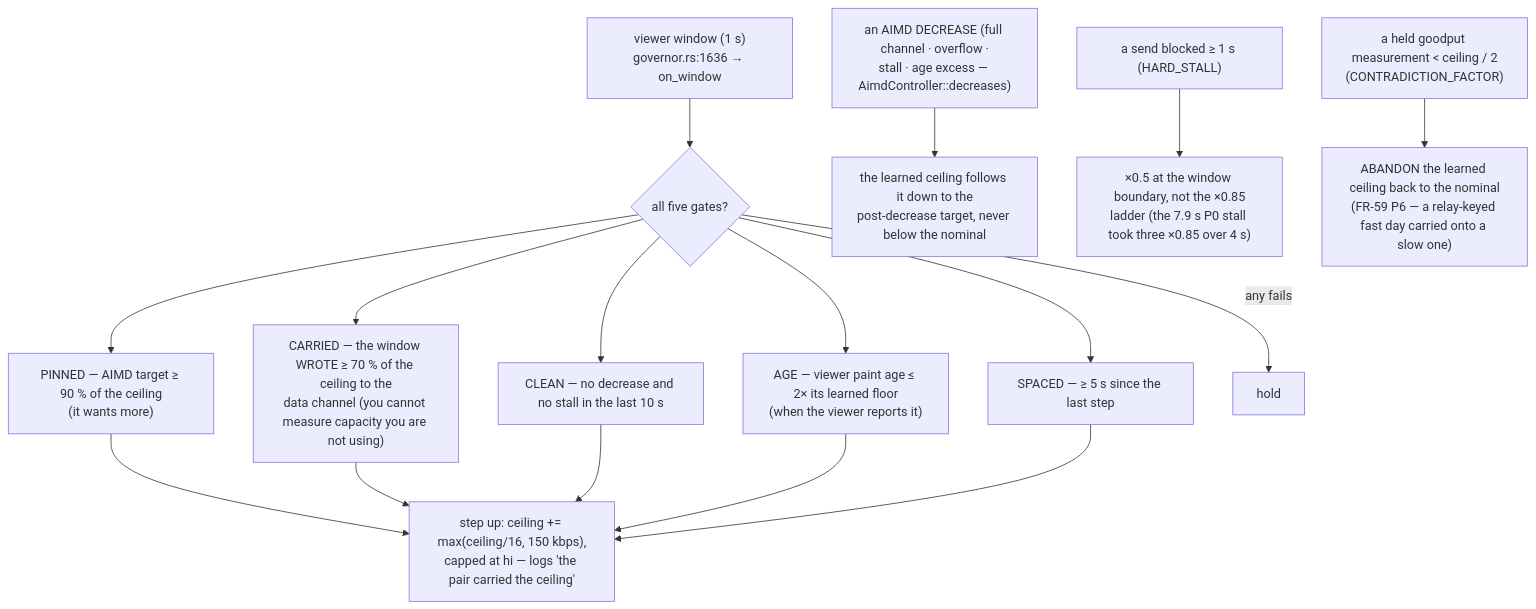
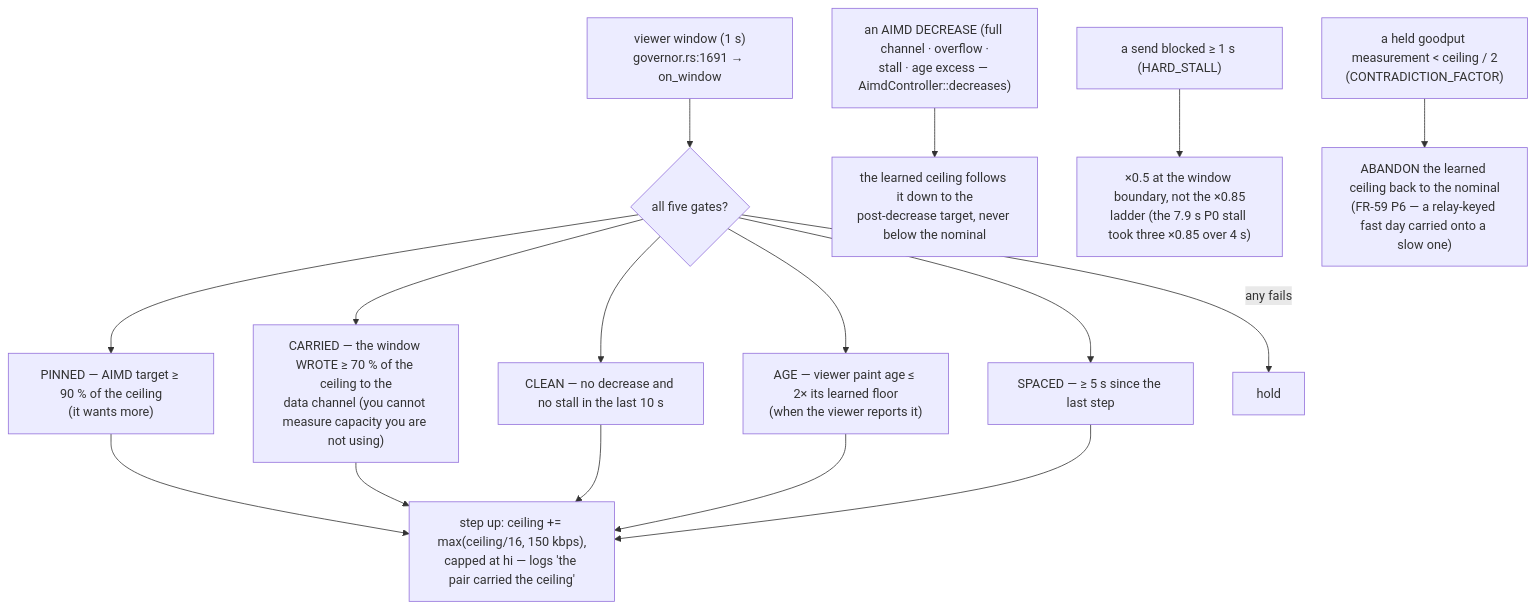
The fourth of 13 diagrams in docs/rate-control.md (gjovanov/roomler-ai), drawn with Mermaid before and after one commit. The commit also changed other lines of this file and 26 other files, not shown here.

````diff
--- a/docs/rate-control.md
+++ b/docs/rate-control.md
@@ -415,14 +415,14 @@
 ```mermaid
 flowchart TB
-    WIN["viewer window (1 s)<br/>governor.rs:1636 → on_window"] --> G{"all five gates?"}
+    WIN["viewer window (1 s)<br/>governor.rs:1691 → on_window"] --> G{"all five gates?"}
     G --> P["PINNED — AIMD target ≥ 90 % of the ceiling<br/>(it wants more)"]
     G --> CAR["CARRIED — the window WROTE ≥ 70 % of the ceiling to the<br/>data channel (you cannot measure capacity you are not using)"]
     G --> CL["CLEAN — no decrease and no stall in the last 10 s"]
     G --> AGE["AGE — viewer paint age ≤ 2× its learned floor<br/>(when the viewer reports it)"]
     G --> SP["SPACED — ≥ 5 s since the last step"]
     P & CAR & CL & AGE & SP --> STEP["step up: ceiling += max(ceiling/16, 150 kbps),<br/>capped at hi — logs 'the pair carried the ceiling'"]
     G -- any fails --> HOLD["hold"]
     DEC["an AIMD DECREASE (full channel · overflow ·<br/>stall · age excess — AimdController::decreases)"] --> PULL["the learned ceiling follows it down to the<br/>post-decrease target, never below the nominal"]
     HS["a send blocked ≥ 1 s (HARD_STALL)"] --> MD["×0.5 at the window boundary, not the ×0.85<br/>ladder (the 7.9 s P0 stall took three ×0.85 over 4 s)"]
     MEAS["a held goodput measurement < ceiling / 2<br/>(CONTRADICTION_FACTOR)"] --> AB["ABANDON the learned ceiling back to the nominal<br/>(FR-59 P6 — a relay-keyed fast day carried onto a slow one)"]
 ```
````
